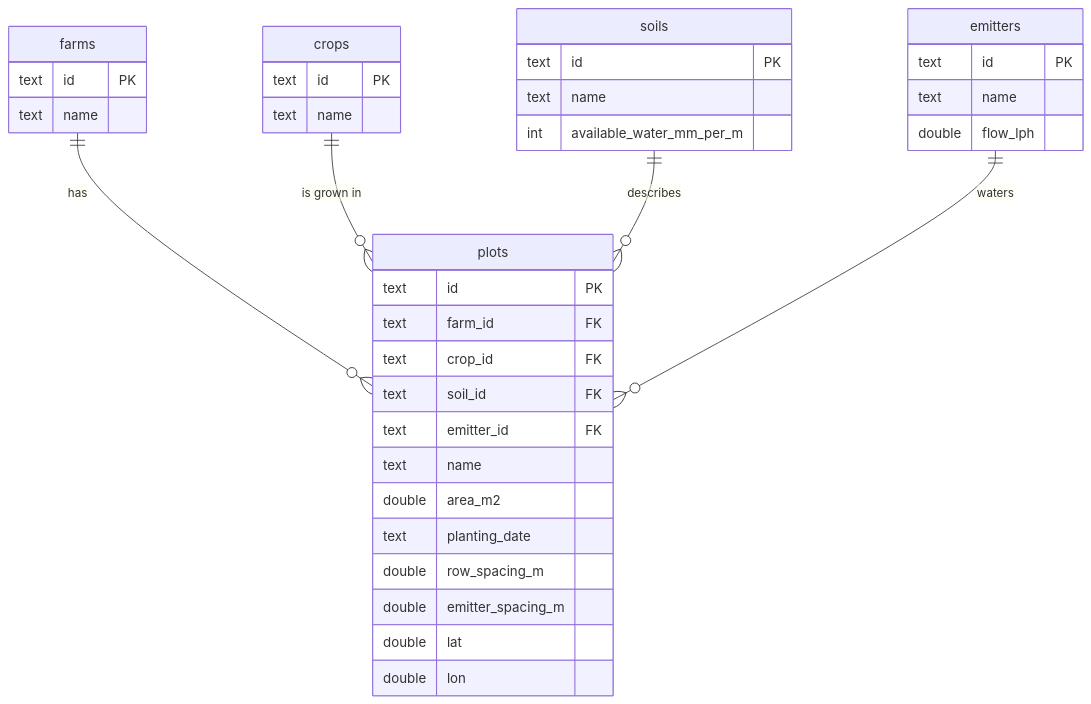
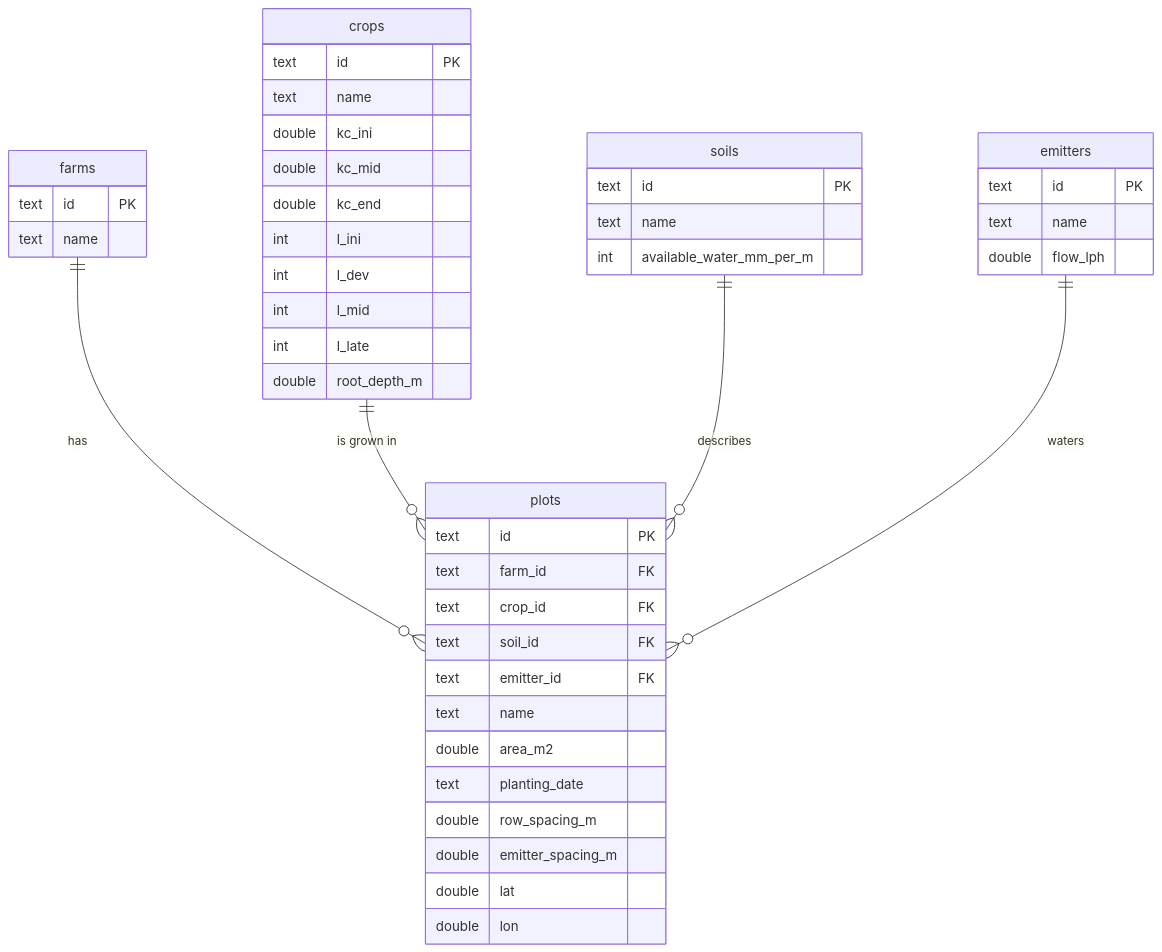
One commit to davidavni1221/AgroPilot-App changed the diagram in services/registry-service/README.md. Above: the diagram before and after it, drawn with Mermaid. The commit also changed other lines of this file and 9 other files, not shown here.

First line of the commit message:
registry-service: farmers can add crops with their own Kc, stage lengths and root depth

````diff
--- a/services/registry-service/README.md
+++ b/services/registry-service/README.md
@@ -69,30 +69,38 @@
 ```mermaid
 erDiagram
     farms    ||--o{ plots : "has"
     crops    ||--o{ plots : "is grown in"
     soils    ||--o{ plots : "describes"
     emitters ||--o{ plots : "waters"
 
     farms    { text id PK
                text name }
     crops    { text id PK
-               text name }
+               text name
+               double kc_ini
+               double kc_mid
+               double kc_end
+               int    l_ini
+               int    l_dev
+               int    l_mid
+               int    l_late
+               double root_depth_m }
     soils    { text id PK
                text name
                int  available_water_mm_per_m }
     emitters { text id PK
                text name
                double flow_lph }
     plots    { text id PK
                text farm_id FK
                text crop_id FK
                text soil_id FK
                text emitter_id FK
                text name
                double area_m2
                text planting_date
                double row_spacing_m
                double emitter_spacing_m
                double lat
                double lon }
 ```
````
